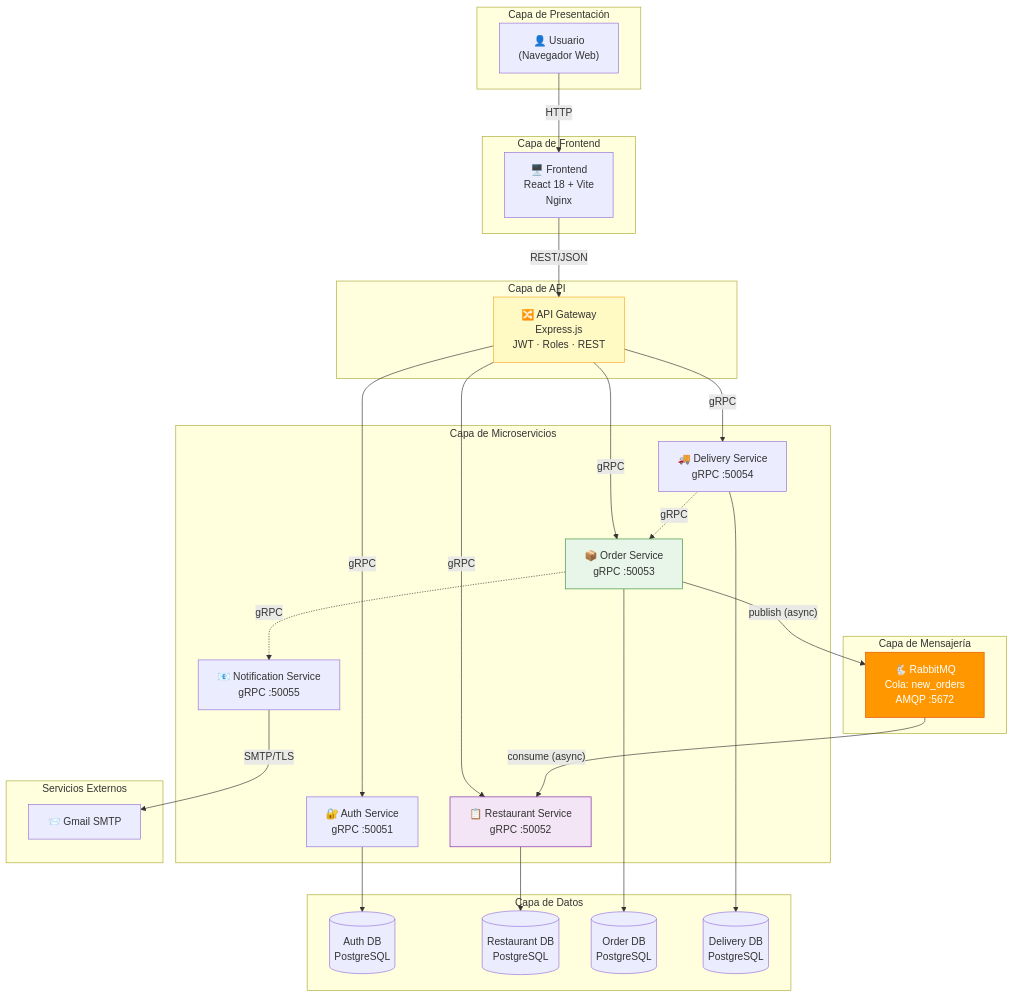
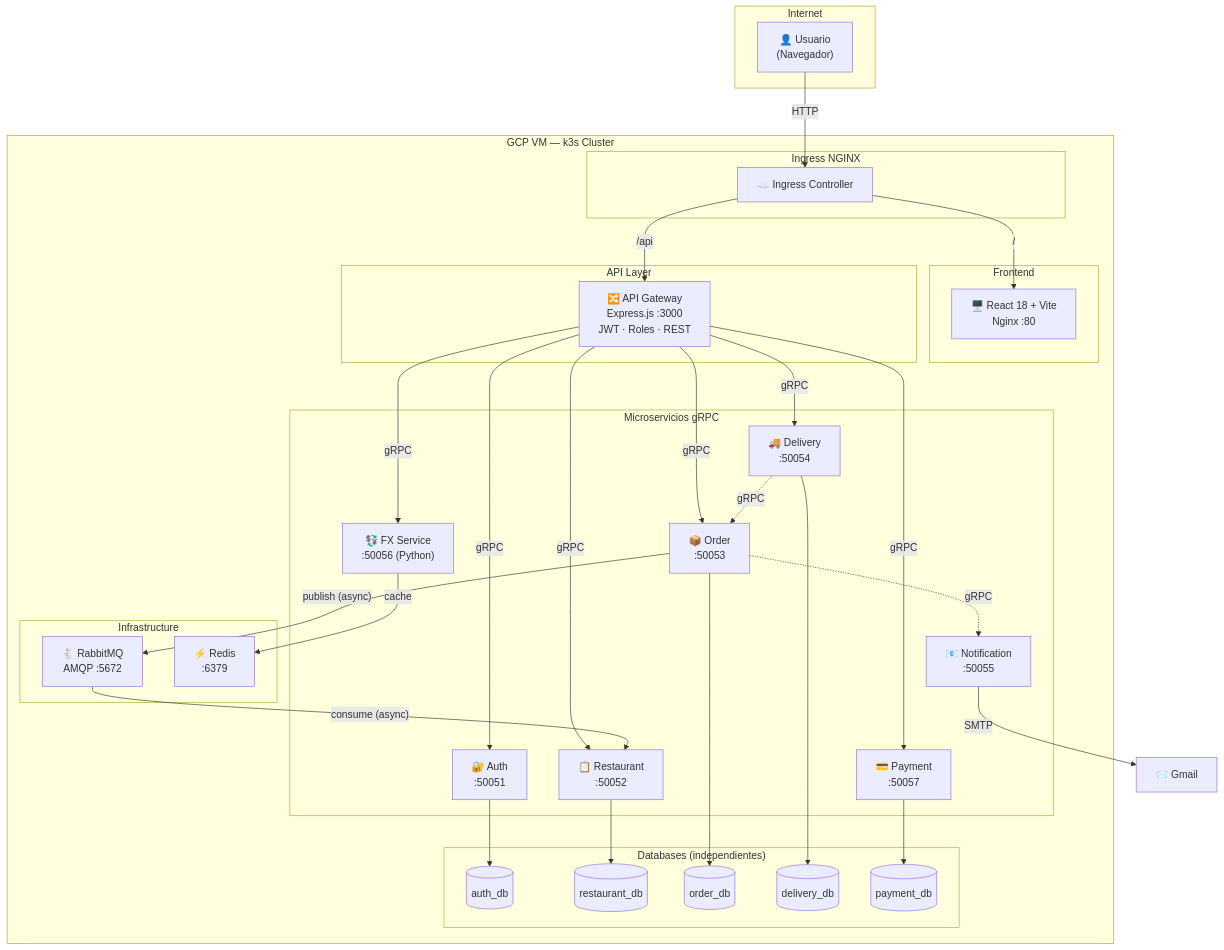
The first of 5 diagrams in docs/DOCUMENTACION_FASE2.md (iamjalberto/delivereats-deploy), drawn with Mermaid before and after one commit. The commit also changed other lines of this file, not shown here.

````diff
--- a/docs/DOCUMENTACION_FASE2.md
+++ b/docs/DOCUMENTACION_FASE2.md
@@ -125,63 +53,69 @@
 ```mermaid
 graph TB
-    subgraph "Capa de Presentación"
-        CLIENT["👤 Usuario<br/>(Navegador Web)"]
+    subgraph "Internet"
+        CLIENT["👤 Usuario<br/>(Navegador)"]
     end
 
-    subgraph "Capa de Frontend"
-        FE["🖥️ Frontend<br/>React 18 + Vite<br/>Nginx"]
+    subgraph "GCP VM — k3s Cluster"
+        subgraph "Ingress NGINX"
+            ING["☁️ Ingress Controller"]
+        end
+
+        subgraph "Frontend"
+            FE["🖥️ React 18 + Vite<br/>Nginx :80"]
+        end
+
+        subgraph "API Layer"
+            GW["🔀 API Gateway<br/>Express.js :3000<br/>JWT · Roles · REST"]
+        end
+
+        subgraph "Microservicios gRPC"
+            AUTH["🔐 Auth<br/>:50051"]
+            REST_SVC["📋 Restaurant<br/>:50052"]
+            ORD["📦 Order<br/>:50053"]
+            DEL["🚚 Delivery<br/>:50054"]
+            NOTIF["📧 Notification<br/>:50055"]
+            FX["💱 FX Service<br/>:50056 (Python)"]
+            PAY["💳 Payment<br/>:50057"]
+        end
+
+        subgraph "Infrastructure"
+            MQ["🐇 RabbitMQ<br/>AMQP :5672"]
+            REDIS["⚡ Redis<br/>:6379"]
+        end
+
+        subgraph "Databases (independientes)"
+            AUTH_DB[("auth_db")]
+            REST_DB[("restaurant_db")]
+            ORD_DB[("order_db")]
+            DEL_DB[("delivery_db")]
+            PAY_DB[("payment_db")]
+        end
     end
 
-    subgraph "Capa de API"
-        GW["🔀 API Gateway<br/>Express.js<br/>JWT · Roles · REST"]
-    end
-
-    subgraph "Capa de Microservicios"
-        AUTH["🔐 Auth Service<br/>gRPC :50051"]
-        REST_SVC["📋 Restaurant Service<br/>gRPC :50052"]
-        ORD["📦 Order Service<br/>gRPC :50053"]
-        DEL["🚚 Delivery Service<br/>gRPC :50054"]
-        NOTIF["📧 Notification Service<br/>gRPC :50055"]
-    end
-
-    subgraph "Capa de Mensajería"
-        MQ["🐇 RabbitMQ<br/>Cola: new_orders<br/>AMQP :5672"]
-    end
-
-    subgraph "Capa de Datos"
-        AUTH_DB[("Auth DB<br/>PostgreSQL")]
-        REST_DB[("Restaurant DB<br/>PostgreSQL")]
-        ORD_DB[("Order DB<br/>PostgreSQL")]
-        DEL_DB[("Delivery DB<br/>PostgreSQL")]
-    end
-
-    subgraph "Servicios Externos"
-        SMTP["📨 Gmail SMTP"]
-    end
-
-    CLIENT -->|HTTP| FE
-    FE -->|REST/JSON| GW
+    CLIENT -->|HTTP| ING
+    ING -->|/| FE
+    ING -->|/api| GW
 
     GW -->|gRPC| AUTH
     GW -->|gRPC| REST_SVC
     GW -->|gRPC| ORD
     GW -->|gRPC| DEL
+    GW -->|gRPC| FX
+    GW -->|gRPC| PAY
 
     ORD -->|"publish (async)"| MQ
     MQ -->|"consume (async)"| REST_SVC
-
     ORD -.->|gRPC| NOTIF
     DEL -.->|gRPC| ORD
+
+    FX -->|cache| REDIS
 
     AUTH --> AUTH_DB
     REST_SVC --> REST_DB
     ORD --> ORD_DB
     DEL --> DEL_DB
+    PAY --> PAY_DB
 
-    NOTIF -->|SMTP/TLS| SMTP
-
-    style MQ fill:#ff9800,stroke:#e65100,color:#fff
-    style ORD fill:#e8f5e9,stroke:#388e3c
-    style REST_SVC fill:#f3e5f5,stroke:#7b1fa2
-    style GW fill:#fff9c4,stroke:#f9a825
+    NOTIF -->|SMTP| SMTP["📨 Gmail"]
 ```
````
